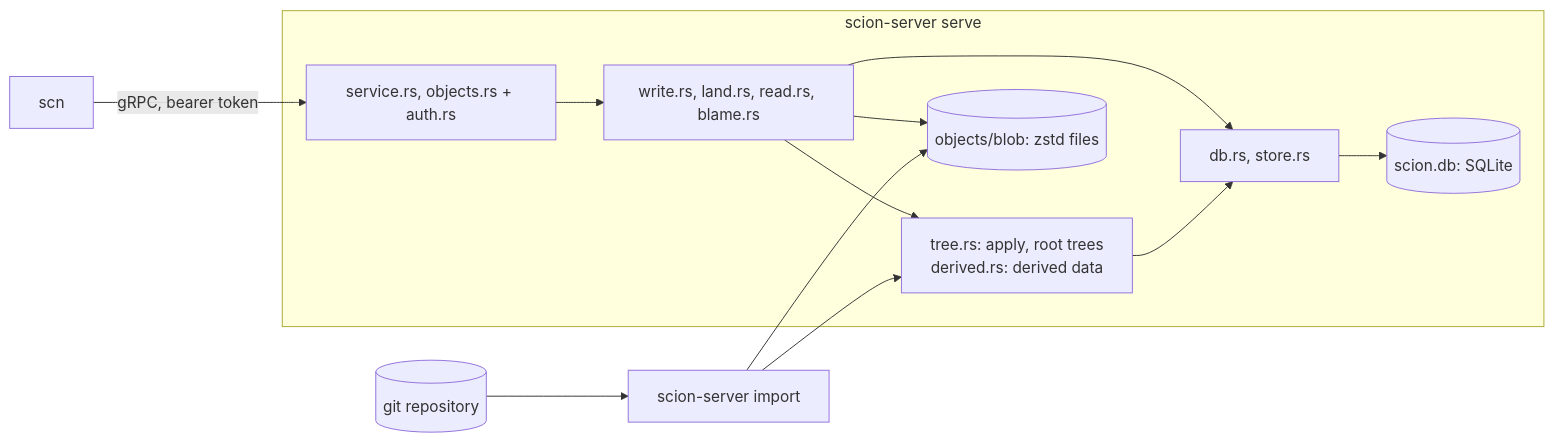
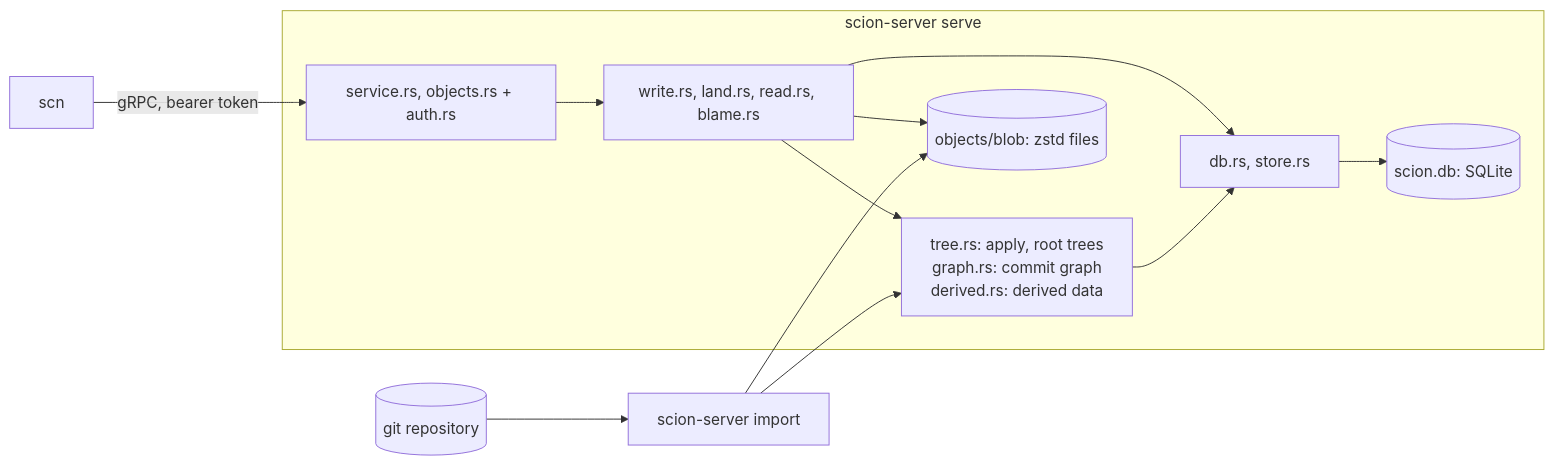
Before and after one commit to bnsd55/open-scion: the first of 4 diagrams in docs/architecture.md, drawn with Mermaid. The commit also changed other lines of this file and 7 other files, not shown here.

Commit message:
Commit graph: docs, query bounds, and a test that a write stores the node

````diff
--- a/docs/architecture.md
+++ b/docs/architecture.md
@@ -21,15 +21,15 @@
 ```mermaid
 flowchart LR
     scn["scn"] -->|"gRPC, bearer token"| svc
     subgraph serve["scion-server serve"]
         svc["service.rs, objects.rs + auth.rs"] --> ops["write.rs, land.rs, read.rs, blame.rs"]
-        ops --> tree["tree.rs: apply, root trees<br/>derived.rs: derived data"]
+        ops --> tree["tree.rs: apply, root trees<br/>graph.rs: commit graph<br/>derived.rs: derived data"]
         ops --> db["db.rs, store.rs"]
         tree --> db
         db --> sqlite[("scion.db: SQLite")]
         ops --> blobs[("objects/blob: zstd files")]
     end
     git[("git repository")] --> imp["scion-server import"]
     imp --> tree
     imp --> blobs
 ```
````
